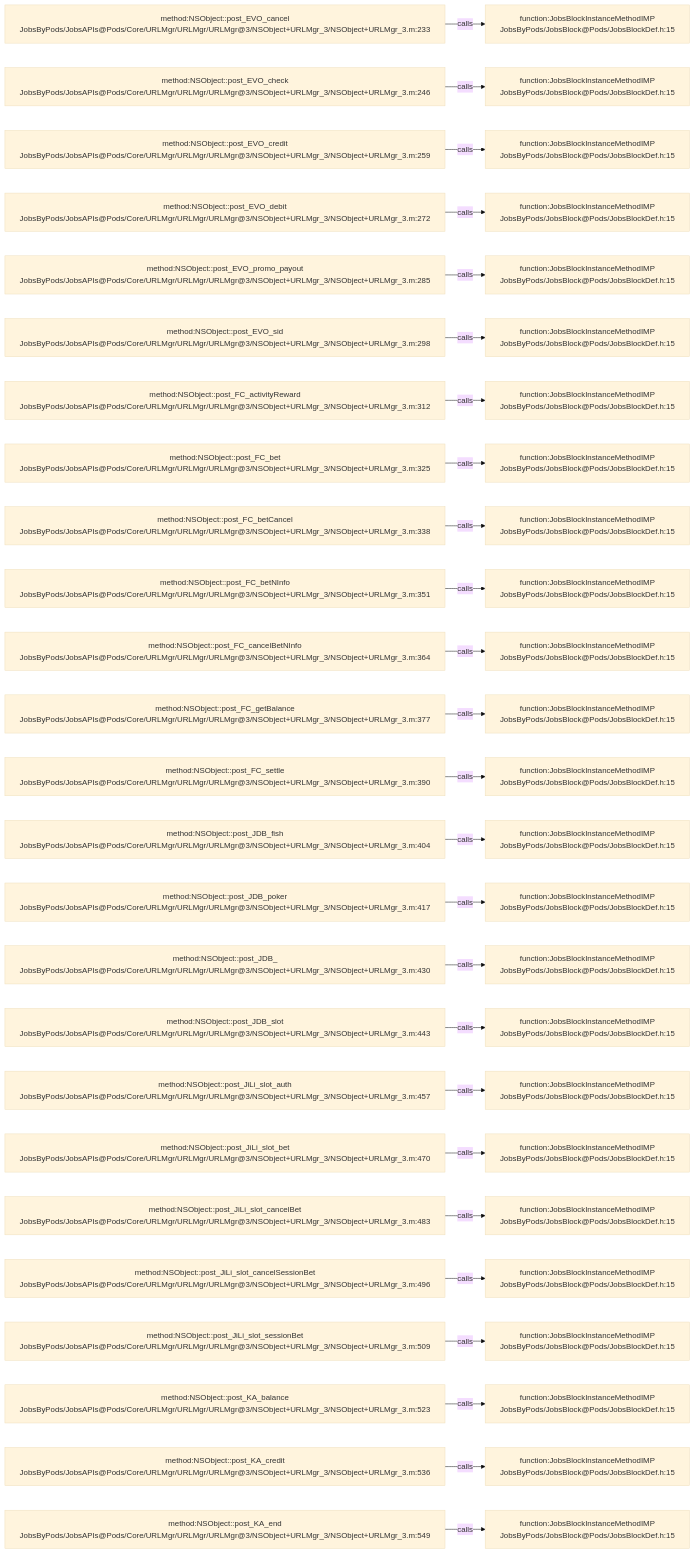
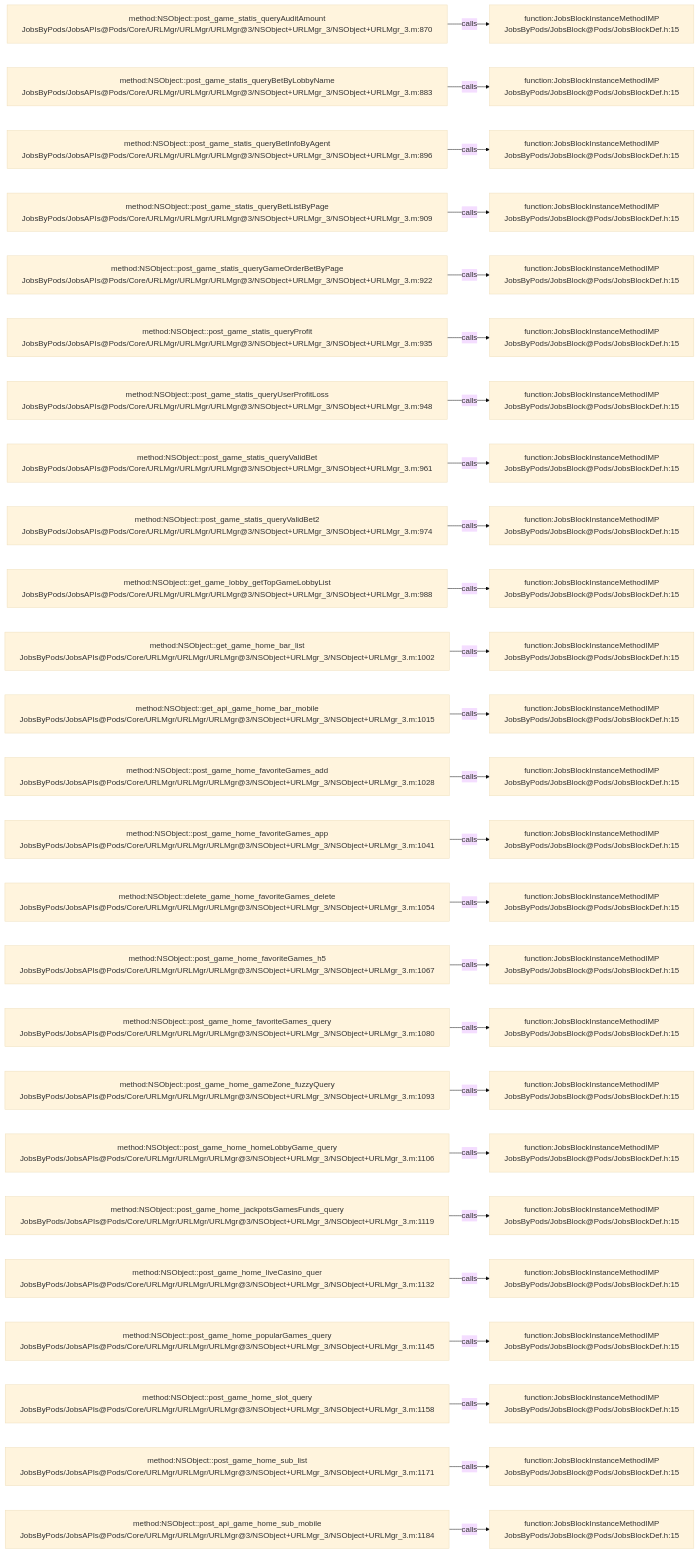
One commit to JobsKits/JobsOCBaseConfigDemo changed the diagram in .codegraph/codegraph.md/graphs/calls-060.md. Above: the diagram before and after it, drawn with Mermaid (base theme). The commit also changed 223 other files, not shown here.

````diff
--- a/.codegraph/codegraph.md/graphs/calls-060.md
+++ b/.codegraph/codegraph.md/graphs/calls-060.md
@@ -13,78 +13,78 @@
 ```mermaid
 flowchart LR
-  S1["method:NSObject::post_EVO_cancel<br/>JobsByPods/JobsAPIs@Pods/Core/URLMgr/URLMgr/URLMgr@3/NSObject+URLMgr_3/NSObject+URLMgr_3.m:233"]
+  S1["method:NSObject::post_game_statis_queryAuditAmount<br/>JobsByPods/JobsAPIs@Pods/Core/URLMgr/URLMgr/URLMgr@3/NSObject+URLMgr_3/NSObject+URLMgr_3.m:870"]
   T1["function:JobsBlockInstanceMethodIMP<br/>JobsByPods/JobsBlock@Pods/JobsBlockDef.h:15"]
   S1 -->|calls| T1
-  S2["method:NSObject::post_EVO_check<br/>JobsByPods/JobsAPIs@Pods/Core/URLMgr/URLMgr/URLMgr@3/NSObject+URLMgr_3/NSObject+URLMgr_3.m:246"]
+  S2["method:NSObject::post_game_statis_queryBetByLobbyName<br/>JobsByPods/JobsAPIs@Pods/Core/URLMgr/URLMgr/URLMgr@3/NSObject+URLMgr_3/NSObject+URLMgr_3.m:883"]
   T2["function:JobsBlockInstanceMethodIMP<br/>JobsByPods/JobsBlock@Pods/JobsBlockDef.h:15"]
   S2 -->|calls| T2
-  S3["method:NSObject::post_EVO_credit<br/>JobsByPods/JobsAPIs@Pods/Core/URLMgr/URLMgr/URLMgr@3/NSObject+URLMgr_3/NSObject+URLMgr_3.m:259"]
+  S3["method:NSObject::post_game_statis_queryBetInfoByAgent<br/>JobsByPods/JobsAPIs@Pods/Core/URLMgr/URLMgr/URLMgr@3/NSObject+URLMgr_3/NSObject+URLMgr_3.m:896"]
   T3["function:JobsBlockInstanceMethodIMP<br/>JobsByPods/JobsBlock@Pods/JobsBlockDef.h:15"]
   S3 -->|calls| T3
-  S4["method:NSObject::post_EVO_debit<br/>JobsByPods/JobsAPIs@Pods/Core/URLMgr/URLMgr/URLMgr@3/NSObject+URLMgr_3/NSObject+URLMgr_3.m:272"]
+  S4["method:NSObject::post_game_statis_queryBetListByPage<br/>JobsByPods/JobsAPIs@Pods/Core/URLMgr/URLMgr/URLMgr@3/NSObject+URLMgr_3/NSObject+URLMgr_3.m:909"]
   T4["function:JobsBlockInstanceMethodIMP<br/>JobsByPods/JobsBlock@Pods/JobsBlockDef.h:15"]
   S4 -->|calls| T4
-  S5["method:NSObject::post_EVO_promo_payout<br/>JobsByPods/JobsAPIs@Pods/Core/URLMgr/URLMgr/URLMgr@3/NSObject+URLMgr_3/NSObject+URLMgr_3.m:285"]
+  S5["method:NSObject::post_game_statis_queryGameOrderBetByPage<br/>JobsByPods/JobsAPIs@Pods/Core/URLMgr/URLMgr/URLMgr@3/NSObject+URLMgr_3/NSObject+URLMgr_3.m:922"]
   T5["function:JobsBlockInstanceMethodIMP<br/>JobsByPods/JobsBlock@Pods/JobsBlockDef.h:15"]
   S5 -->|calls| T5
-  S6["method:NSObject::post_EVO_sid<br/>JobsByPods/JobsAPIs@Pods/Core/URLMgr/URLMgr/URLMgr@3/NSObject+URLMgr_3/NSObject+URLMgr_3.m:298"]
+  S6["method:NSObject::post_game_statis_queryProfit<br/>JobsByPods/JobsAPIs@Pods/Core/URLMgr/URLMgr/URLMgr@3/NSObject+URLMgr_3/NSObject+URLMgr_3.m:935"]
   T6["function:JobsBlockInstanceMethodIMP<br/>JobsByPods/JobsBlock@Pods/JobsBlockDef.h:15"]
   S6 -->|calls| T6
-  S7["method:NSObject::post_FC_activityReward<br/>JobsByPods/JobsAPIs@Pods/Core/URLMgr/URLMgr/URLMgr@3/NSObject+URLMgr_3/NSObject+URLMgr_3.m:312"]
+  S7["method:NSObject::post_game_statis_queryUserProfitLoss<br/>JobsByPods/JobsAPIs@Pods/Core/URLMgr/URLMgr/URLMgr@3/NSObject+URLMgr_3/NSObject+URLMgr_3.m:948"]
   T7["function:JobsBlockInstanceMethodIMP<br/>JobsByPods/JobsBlock@Pods/JobsBlockDef.h:15"]
   S7 -->|calls| T7
-  S8["method:NSObject::post_FC_bet<br/>JobsByPods/JobsAPIs@Pods/Core/URLMgr/URLMgr/URLMgr@3/NSObject+URLMgr_3/NSObject+URLMgr_3.m:325"]
+  S8["method:NSObject::post_game_statis_queryValidBet<br/>JobsByPods/JobsAPIs@Pods/Core/URLMgr/URLMgr/URLMgr@3/NSObject+URLMgr_3/NSObject+URLMgr_3.m:961"]
   T8["function:JobsBlockInstanceMethodIMP<br/>JobsByPods/JobsBlock@Pods/JobsBlockDef.h:15"]
   S8 -->|calls| T8
-  S9["method:NSObject::post_FC_betCancel<br/>JobsByPods/JobsAPIs@Pods/Core/URLMgr/URLMgr/URLMgr@3/NSObject+URLMgr_3/NSObject+URLMgr_3.m:338"]
+  S9["method:NSObject::post_game_statis_queryValidBet2<br/>JobsByPods/JobsAPIs@Pods/Core/URLMgr/URLMgr/URLMgr@3/NSObject+URLMgr_3/NSObject+URLMgr_3.m:974"]
   T9["function:JobsBlockInstanceMethodIMP<br/>JobsByPods/JobsBlock@Pods/JobsBlockDef.h:15"]
   S9 -->|calls| T9
-  S10["method:NSObject::post_FC_betNInfo<br/>JobsByPods/JobsAPIs@Pods/Core/URLMgr/URLMgr/URLMgr@3/NSObject+URLMgr_3/NSObject+URLMgr_3.m:351"]
+  S10["method:NSObject::get_game_lobby_getTopGameLobbyList<br/>JobsByPods/JobsAPIs@Pods/Core/URLMgr/URLMgr/URLMgr@3/NSObject+URLMgr_3/NSObject+URLMgr_3.m:988"]
   T10["function:JobsBlockInstanceMethodIMP<br/>JobsByPods/JobsBlock@Pods/JobsBlockDef.h:15"]
   S10 -->|calls| T10
-  S11["method:NSObject::post_FC_cancelBetNInfo<br/>JobsByPods/JobsAPIs@Pods/Core/URLMgr/URLMgr/URLMgr@3/NSObject+URLMgr_3/NSObject+URLMgr_3.m:364"]
+  S11["method:NSObject::get_game_home_bar_list<br/>JobsByPods/JobsAPIs@Pods/Core/URLMgr/URLMgr/URLMgr@3/NSObject+URLMgr_3/NSObject+URLMgr_3.m:1002"]
   T11["function:JobsBlockInstanceMethodIMP<br/>JobsByPods/JobsBlock@Pods/JobsBlockDef.h:15"]
   S11 -->|calls| T11
-  S12["method:NSObject::post_FC_getBalance<br/>JobsByPods/JobsAPIs@Pods/Core/URLMgr/URLMgr/URLMgr@3/NSObject+URLMgr_3/NSObject+URLMgr_3.m:377"]
+  S12["method:NSObject::get_api_game_home_bar_mobile<br/>JobsByPods/JobsAPIs@Pods/Core/URLMgr/URLMgr/URLMgr@3/NSObject+URLMgr_3/NSObject+URLMgr_3.m:1015"]
   T12["function:JobsBlockInstanceMethodIMP<br/>JobsByPods/JobsBlock@Pods/JobsBlockDef.h:15"]
   S12 -->|calls| T12
-  S13["method:NSObject::post_FC_settle<br/>JobsByPods/JobsAPIs@Pods/Core/URLMgr/URLMgr/URLMgr@3/NSObject+URLMgr_3/NSObject+URLMgr_3.m:390"]
+  S13["method:NSObject::post_game_home_favoriteGames_add<br/>JobsByPods/JobsAPIs@Pods/Core/URLMgr/URLMgr/URLMgr@3/NSObject+URLMgr_3/NSObject+URLMgr_3.m:1028"]
   T13["function:JobsBlockInstanceMethodIMP<br/>JobsByPods/JobsBlock@Pods/JobsBlockDef.h:15"]
   S13 -->|calls| T13
-  S14["method:NSObject::post_JDB_fish<br/>JobsByPods/JobsAPIs@Pods/Core/URLMgr/URLMgr/URLMgr@3/NSObject+URLMgr_3/NSObject+URLMgr_3.m:404"]
+  S14["method:NSObject::post_game_home_favoriteGames_app<br/>JobsByPods/JobsAPIs@Pods/Core/URLMgr/URLMgr/URLMgr@3/NSObject+URLMgr_3/NSObject+URLMgr_3.m:1041"]
   T14["function:JobsBlockInstanceMethodIMP<br/>JobsByPods/JobsBlock@Pods/JobsBlockDef.h:15"]
   S14 -->|calls| T14
-  S15["method:NSObject::post_JDB_poker<br/>JobsByPods/JobsAPIs@Pods/Core/URLMgr/URLMgr/URLMgr@3/NSObject+URLMgr_3/NSObject+URLMgr_3.m:417"]
+  S15["method:NSObject::delete_game_home_favoriteGames_delete<br/>JobsByPods/JobsAPIs@Pods/Core/URLMgr/URLMgr/URLMgr@3/NSObject+URLMgr_3/NSObject+URLMgr_3.m:1054"]
   T15["function:JobsBlockInstanceMethodIMP<br/>JobsByPods/JobsBlock@Pods/JobsBlockDef.h:15"]
   S15 -->|calls| T15
-  S16["method:NSObject::post_JDB_<br/>JobsByPods/JobsAPIs@Pods/Core/URLMgr/URLMgr/URLMgr@3/NSObject+URLMgr_3/NSObject+URLMgr_3.m:430"]
+  S16["method:NSObject::post_game_home_favoriteGames_h5<br/>JobsByPods/JobsAPIs@Pods/Core/URLMgr/URLMgr/URLMgr@3/NSObject+URLMgr_3/NSObject+URLMgr_3.m:1067"]
   T16["function:JobsBlockInstanceMethodIMP<br/>JobsByPods/JobsBlock@Pods/JobsBlockDef.h:15"]
   S16 -->|calls| T16
-  S17["method:NSObject::post_JDB_slot<br/>JobsByPods/JobsAPIs@Pods/Core/URLMgr/URLMgr/URLMgr@3/NSObject+URLMgr_3/NSObject+URLMgr_3.m:443"]
+  S17["method:NSObject::post_game_home_favoriteGames_query<br/>JobsByPods/JobsAPIs@Pods/Core/URLMgr/URLMgr/URLMgr@3/NSObject+URLMgr_3/NSObject+URLMgr_3.m:1080"]
   T17["function:JobsBlockInstanceMethodIMP<br/>JobsByPods/JobsBlock@Pods/JobsBlockDef.h:15"]
   S17 -->|calls| T17
-  S18["method:NSObject::post_JiLi_slot_auth<br/>JobsByPods/JobsAPIs@Pods/Core/URLMgr/URLMgr/URLMgr@3/NSObject+URLMgr_3/NSObject+URLMgr_3.m:457"]
+  S18["method:NSObject::post_game_home_gameZone_fuzzyQuery<br/>JobsByPods/JobsAPIs@Pods/Core/URLMgr/URLMgr/URLMgr@3/NSObject+URLMgr_3/NSObject+URLMgr_3.m:1093"]
   T18["function:JobsBlockInstanceMethodIMP<br/>JobsByPods/JobsBlock@Pods/JobsBlockDef.h:15"]
   S18 -->|calls| T18
-  S19["method:NSObject::post_JiLi_slot_bet<br/>JobsByPods/JobsAPIs@Pods/Core/URLMgr/URLMgr/URLMgr@3/NSObject+URLMgr_3/NSObject+URLMgr_3.m:470"]
+  S19["method:NSObject::post_game_home_homeLobbyGame_query<br/>JobsByPods/JobsAPIs@Pods/Core/URLMgr/URLMgr/URLMgr@3/NSObject+URLMgr_3/NSObject+URLMgr_3.m:1106"]
   T19["function:JobsBlockInstanceMethodIMP<br/>JobsByPods/JobsBlock@Pods/JobsBlockDef.h:15"]
   S19 -->|calls| T19
-  S20["method:NSObject::post_JiLi_slot_cancelBet<br/>JobsByPods/JobsAPIs@Pods/Core/URLMgr/URLMgr/URLMgr@3/NSObject+URLMgr_3/NSObject+URLMgr_3.m:483"]
+  S20["method:NSObject::post_game_home_jackpotsGamesFunds_query<br/>JobsByPods/JobsAPIs@Pods/Core/URLMgr/URLMgr/URLMgr@3/NSObject+URLMgr_3/NSObject+URLMgr_3.m:1119"]
   T20["function:JobsBlockInstanceMethodIMP<br/>JobsByPods/JobsBlock@Pods/JobsBlockDef.h:15"]
   S20 -->|calls| T20
-  S21["method:NSObject::post_JiLi_slot_cancelSessionBet<br/>JobsByPods/JobsAPIs@Pods/Core/URLMgr/URLMgr/URLMgr@3/NSObject+URLMgr_3/NSObject+URLMgr_3.m:496"]
+  S21["method:NSObject::post_game_home_liveCasino_quer<br/>JobsByPods/JobsAPIs@Pods/Core/URLMgr/URLMgr/URLMgr@3/NSObject+URLMgr_3/NSObject+URLMgr_3.m:1132"]
   T21["function:JobsBlockInstanceMethodIMP<br/>JobsByPods/JobsBlock@Pods/JobsBlockDef.h:15"]
   S21 -->|calls| T21
-  S22["method:NSObject::post_JiLi_slot_sessionBet<br/>JobsByPods/JobsAPIs@Pods/Core/URLMgr/URLMgr/URLMgr@3/NSObject+URLMgr_3/NSObject+URLMgr_3.m:509"]
+  S22["method:NSObject::post_game_home_popularGames_query<br/>JobsByPods/JobsAPIs@Pods/Core/URLMgr/URLMgr/URLMgr@3/NSObject+URLMgr_3/NSObject+URLMgr_3.m:1145"]
   T22["function:JobsBlockInstanceMethodIMP<br/>JobsByPods/JobsBlock@Pods/JobsBlockDef.h:15"]
   S22 -->|calls| T22
-  S23["method:NSObject::post_KA_balance<br/>JobsByPods/JobsAPIs@Pods/Core/URLMgr/URLMgr/URLMgr@3/NSObject+URLMgr_3/NSObject+URLMgr_3.m:523"]
+  S23["method:NSObject::post_game_home_slot_query<br/>JobsByPods/JobsAPIs@Pods/Core/URLMgr/URLMgr/URLMgr@3/NSObject+URLMgr_3/NSObject+URLMgr_3.m:1158"]
   T23["function:JobsBlockInstanceMethodIMP<br/>JobsByPods/JobsBlock@Pods/JobsBlockDef.h:15"]
   S23 -->|calls| T23
-  S24["method:NSObject::post_KA_credit<br/>JobsByPods/JobsAPIs@Pods/Core/URLMgr/URLMgr/URLMgr@3/NSObject+URLMgr_3/NSObject+URLMgr_3.m:536"]
+  S24["method:NSObject::post_game_home_sub_list<br/>JobsByPods/JobsAPIs@Pods/Core/URLMgr/URLMgr/URLMgr@3/NSObject+URLMgr_3/NSObject+URLMgr_3.m:1171"]
   T24["function:JobsBlockInstanceMethodIMP<br/>JobsByPods/JobsBlock@Pods/JobsBlockDef.h:15"]
   S24 -->|calls| T24
-  S25["method:NSObject::post_KA_end<br/>JobsByPods/JobsAPIs@Pods/Core/URLMgr/URLMgr/URLMgr@3/NSObject+URLMgr_3/NSObject+URLMgr_3.m:549"]
+  S25["method:NSObject::post_api_game_home_sub_mobile<br/>JobsByPods/JobsAPIs@Pods/Core/URLMgr/URLMgr/URLMgr@3/NSObject+URLMgr_3/NSObject+URLMgr_3.m:1184"]
   T25["function:JobsBlockInstanceMethodIMP<br/>JobsByPods/JobsBlock@Pods/JobsBlockDef.h:15"]
   S25 -->|calls| T25
 ```
````
